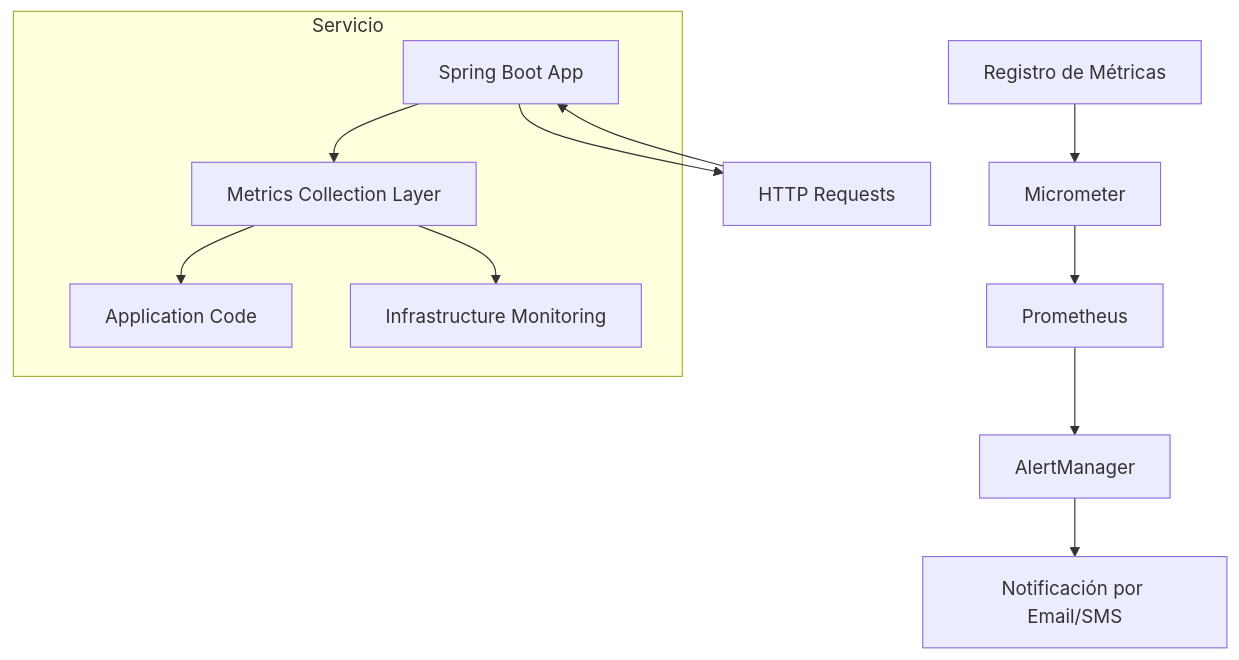
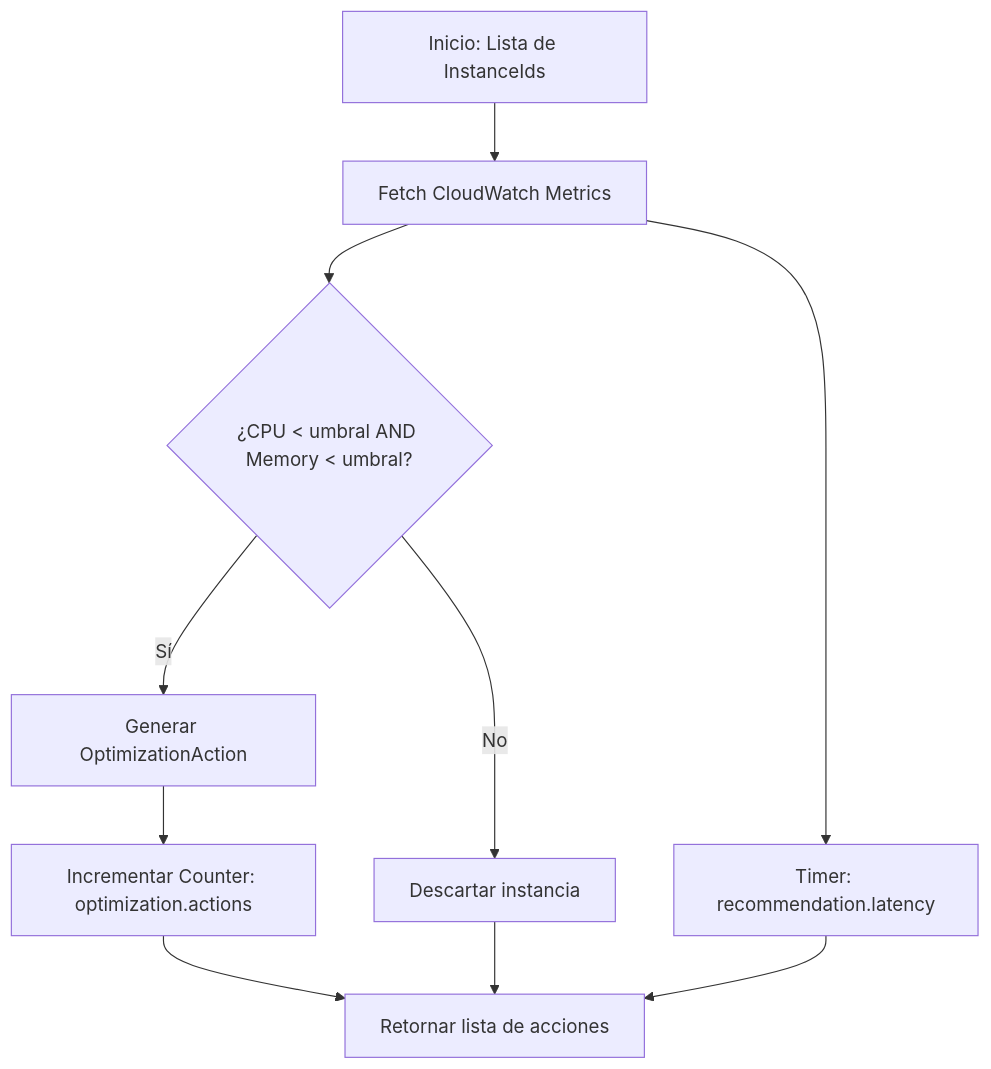
The third of 6 diagrams in _Review/optimizacion_de_costes_en_cloud_aws/optimizacion_de_costes_en_cloud_aws.md (Joaquinriosheredia/DAM-Java-Mastery), drawn with Mermaid before and after one commit. The commit also changed other lines of this file, not shown here.

Commit message:
optimizacion_de_costes_en_cloud_aws.md

````diff
--- a/_Review/optimizacion_de_costes_en_cloud_aws/optimizacion_de_costes_en_cloud_aws.md
+++ b/_Review/optimizacion_de_costes_en_cloud_aws/optimizacion_de_costes_en_cloud_aws.md
@@ -353,16 +323,12 @@
 ```mermaid
 graph TD
-    A[Registro de Métricas] --> B[Micrometer]
-    B --> C[Prometheus]
-    C --> D[AlertManager]
-    D --> E[Notificación por Email/SMS]
-
-    subgraph Servicio
-        F[Spring Boot App] --> G[Metrics Collection Layer]
-        G --> H[Application Code]
-        G --> I[Infrastructure Monitoring]
-    end
-
-    F --> J[HTTP Requests]
-    J --> F
+    A[Inicio: Lista de InstanceIds] --> B[Fetch CloudWatch Metrics]
+    B --> C{¿CPU < umbral AND Memory < umbral?}
+    C -- Sí --> D[Generar OptimizationAction]
+    C -- No --> E[Descartar instancia]
+    D --> F[Incrementar Counter: optimization.actions]
+    F --> G[Retornar lista de acciones]
+    E --> G
+    B --> H[Timer: recommendation.latency]
+    H --> G
 ```
````
